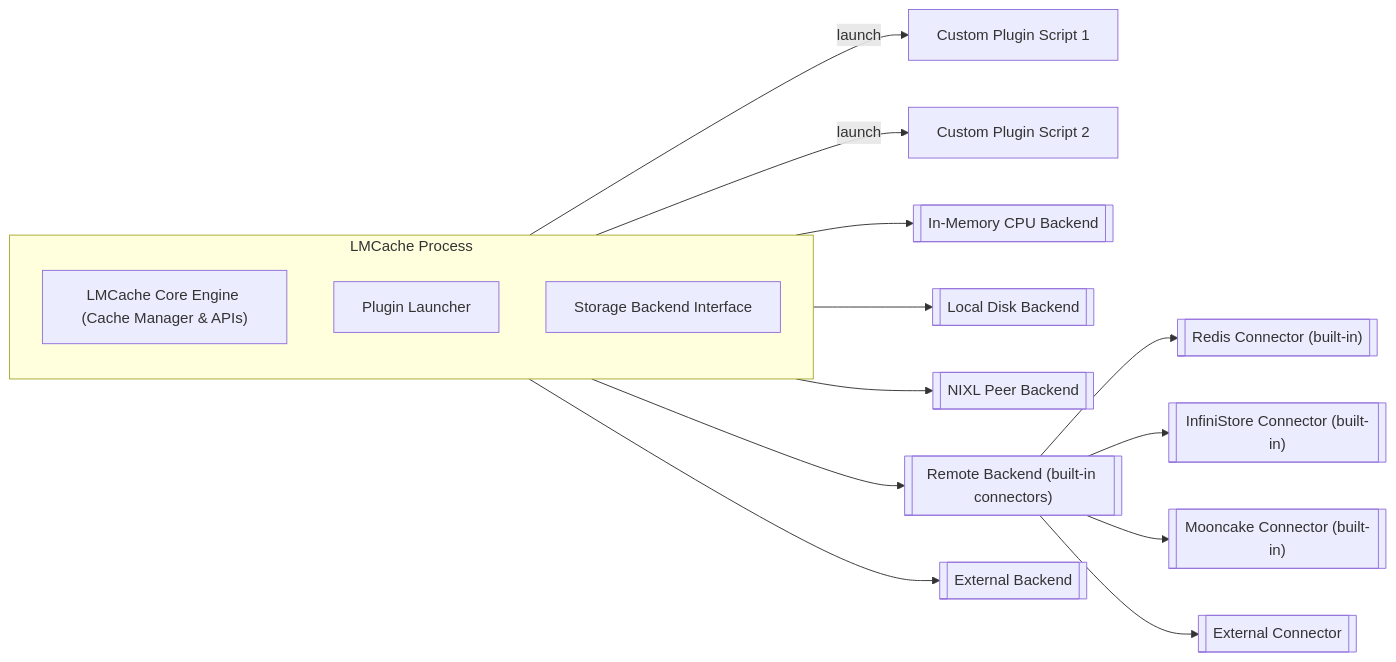
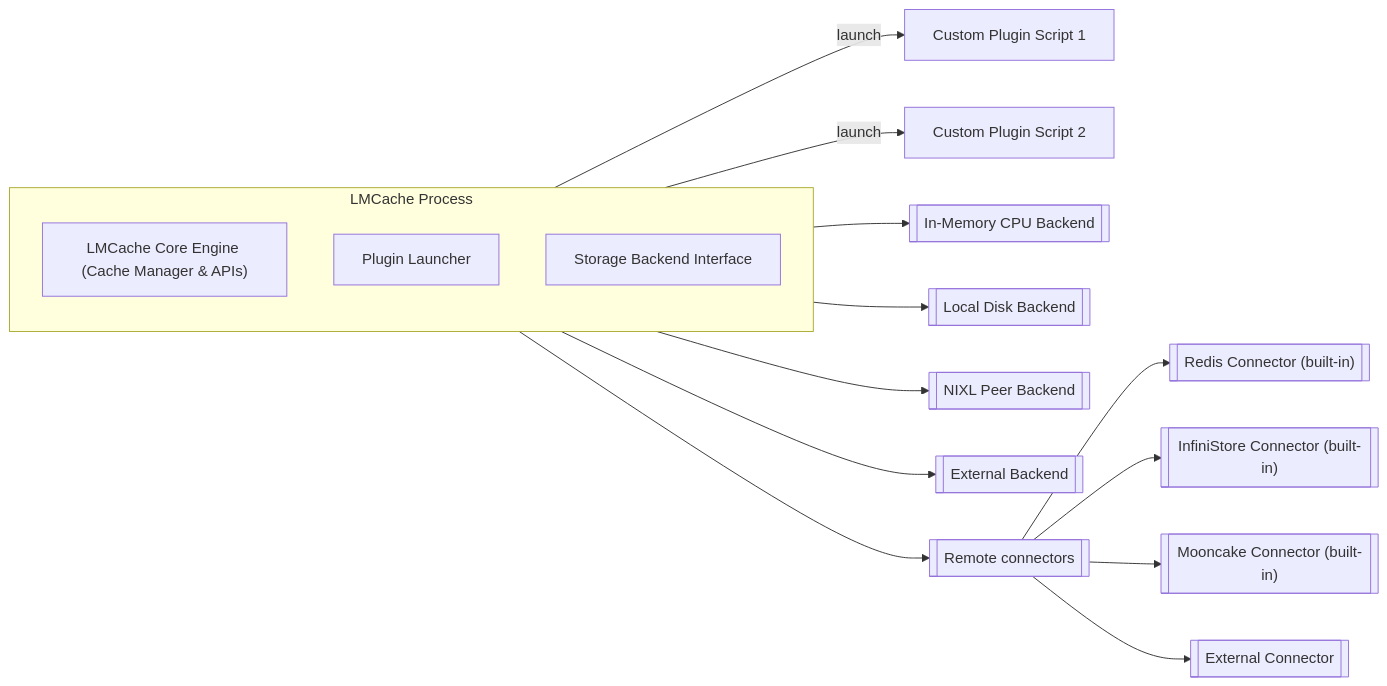
The diagram in docs/source/developer_guide/plugin_framework.rst (LMCache/LMCache), drawn with Mermaid before and after one commit. The commit also changed 1 other file, not shown here.

Commit message:
update the architecture section

```diff
--- a/docs/source/developer_guide/plugin_framework.rst
+++ b/docs/source/developer_guide/plugin_framework.rst
@@ -10,23 +10,23 @@
 .. mermaid::
 
    flowchart LR
       subgraph "LMCache Process"
          direction TB
          core["LMCache Core Engine (Cache Manager & APIs)"]
          pluginMgr["Plugin Launcher"]
          backendMgr["Storage Backend Interface"]
       end
 
       pluginMgr -->|"launch"| plugin1["Custom Plugin Script 1"]
       pluginMgr -->|"launch"| plugin2["Custom Plugin Script 2"]
 
       backendMgr --> CPUBackend[["In-Memory CPU Backend"]]
       backendMgr --> DiskBackend[["Local Disk Backend"]]
       backendMgr --> NIXLBackend[["NIXL Peer Backend"]]
-      backendMgr --> RemoteBackend[["Remote Backend (built-in connectors)"]]
       backendMgr --> CustomBackend[["External Backend"]]
+      backendMgr --> RemoteBackend[["Remote connectors"]]
 
       RemoteBackend --> RedisConnector[["Redis Connector (built-in)"]]
       RemoteBackend --> InfiniConnector[["InfiniStore Connector (built-in)"]]
       RemoteBackend --> MooncakeConnector[["Mooncake Connector (built-in)"]]
       RemoteBackend --> CustomConnector[["External Connector"]]
```
